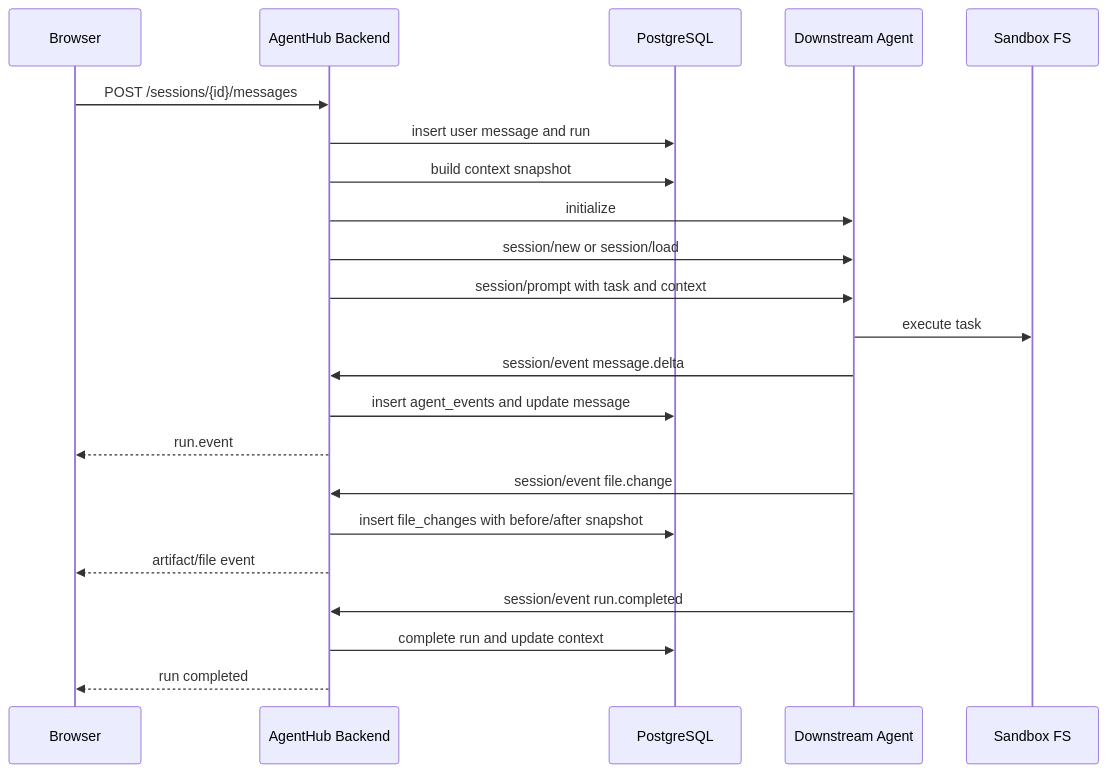
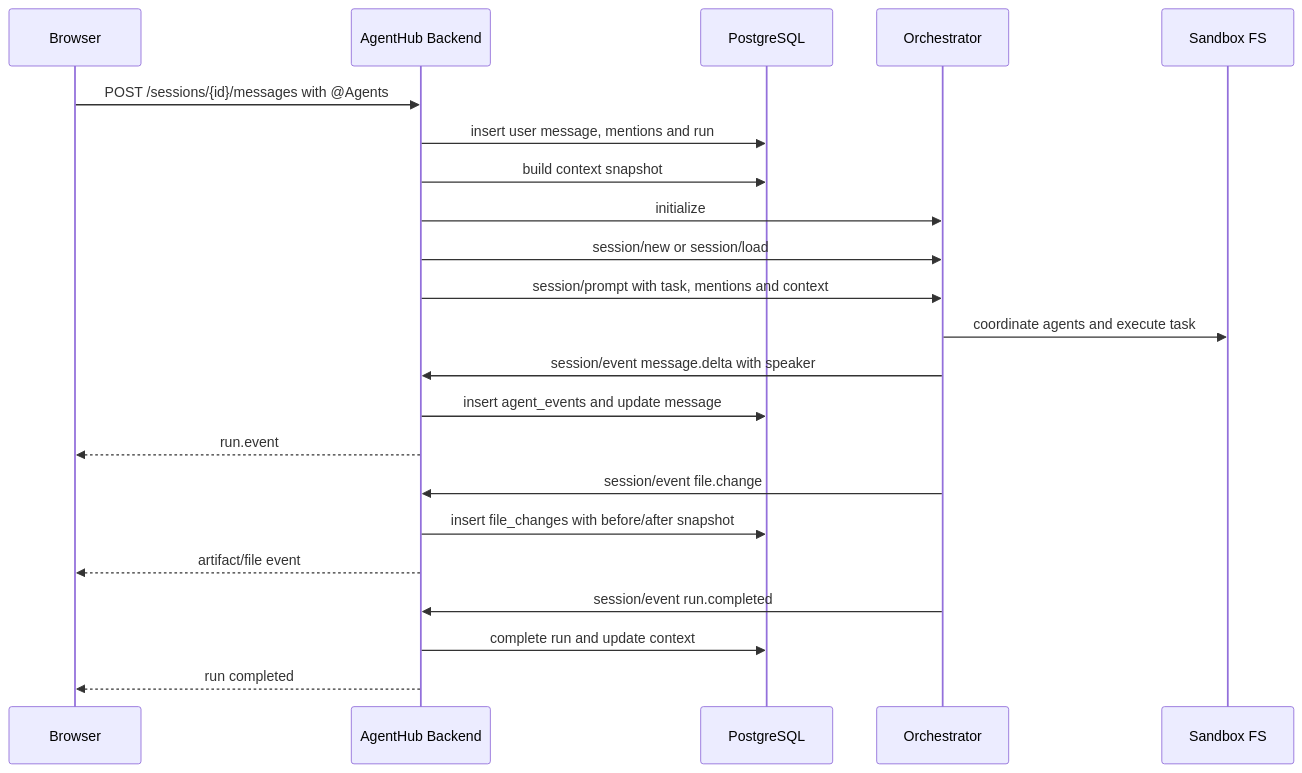
The diagram in docs/agent-downstream-integration-design.md (AgentHub-projects/AgentHub-Fullstack), drawn with Mermaid before and after one commit. The commit also changed other lines of this file and 1 other file, not shown here.

Commit message:
docs: route agent mentions through orchestrator

````diff
--- a/docs/agent-downstream-integration-design.md
+++ b/docs/agent-downstream-integration-design.md
@@ -54,25 +58,25 @@
 ```mermaid
 sequenceDiagram
   participant UI as Browser
   participant API as AgentHub Backend
   participant DB as PostgreSQL
-  participant AG as Downstream Agent
+  participant AG as Orchestrator
   participant FS as Sandbox FS
 
-  UI->>API: POST /sessions/{id}/messages
-  API->>DB: insert user message and run
+  UI->>API: POST /sessions/{id}/messages with @Agents
+  API->>DB: insert user message, mentions and run
   API->>DB: build context snapshot
   API->>AG: initialize
   API->>AG: session/new or session/load
-  API->>AG: session/prompt with task and context
-  AG->>FS: execute task
-  AG->>API: session/event message.delta
+  API->>AG: session/prompt with task, mentions and context
+  AG->>FS: coordinate agents and execute task
+  AG->>API: session/event message.delta with speaker
   API->>DB: insert agent_events and update message
   API-->>UI: run.event
   AG->>API: session/event file.change
   API->>DB: insert file_changes with before/after snapshot
   API-->>UI: artifact/file event
   AG->>API: session/event run.completed
   API->>DB: complete run and update context
   API-->>UI: run completed
 ```
````
